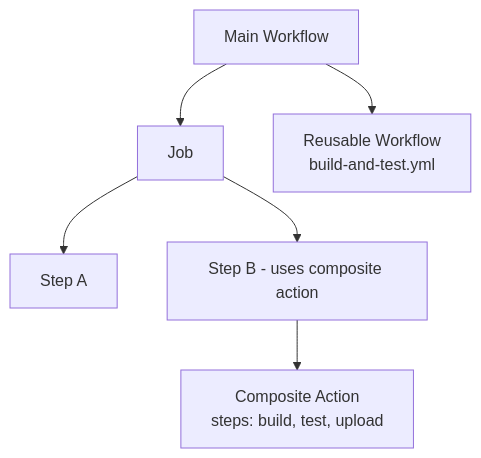
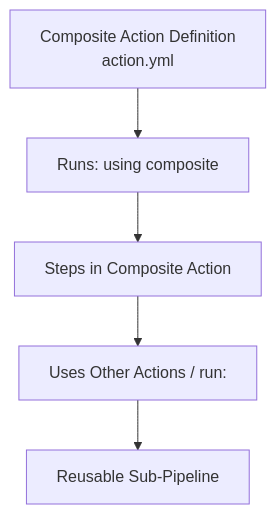
One commit to VishuKalier2003/System-Design-Components changed the fourth of 21 diagrams in Composite/S02-CompositeBuildGraph/case-studies/GitHub-Actions.md. Above: the diagram before and after it, drawn with Mermaid. The commit also changed other lines of this file, not shown here.

````diff
--- a/Composite/S02-CompositeBuildGraph/case-studies/GitHub-Actions.md
+++ b/Composite/S02-CompositeBuildGraph/case-studies/GitHub-Actions.md
@@ -111,8 +127,7 @@
 ```mermaid
-graph TD
-    WF[Main Workflow] --> J[Job]
-    J --> SA[Step A]
-    J --> SB[Step B - uses composite action]
-    SB --> CA[Composite Action<br/>steps: build, test, upload]
-    WF --> RW[Reusable Workflow<br/>build-and-test.yml]
+flowchart TD
+    A[Composite Action Definition<br/>action.yml] --> B[Runs: using composite]
+    B --> C[Steps in Composite Action]
+    C --> D[Uses Other Actions / run:]
+    D --> E[Reusable Sub-Pipeline]
 ```
````
